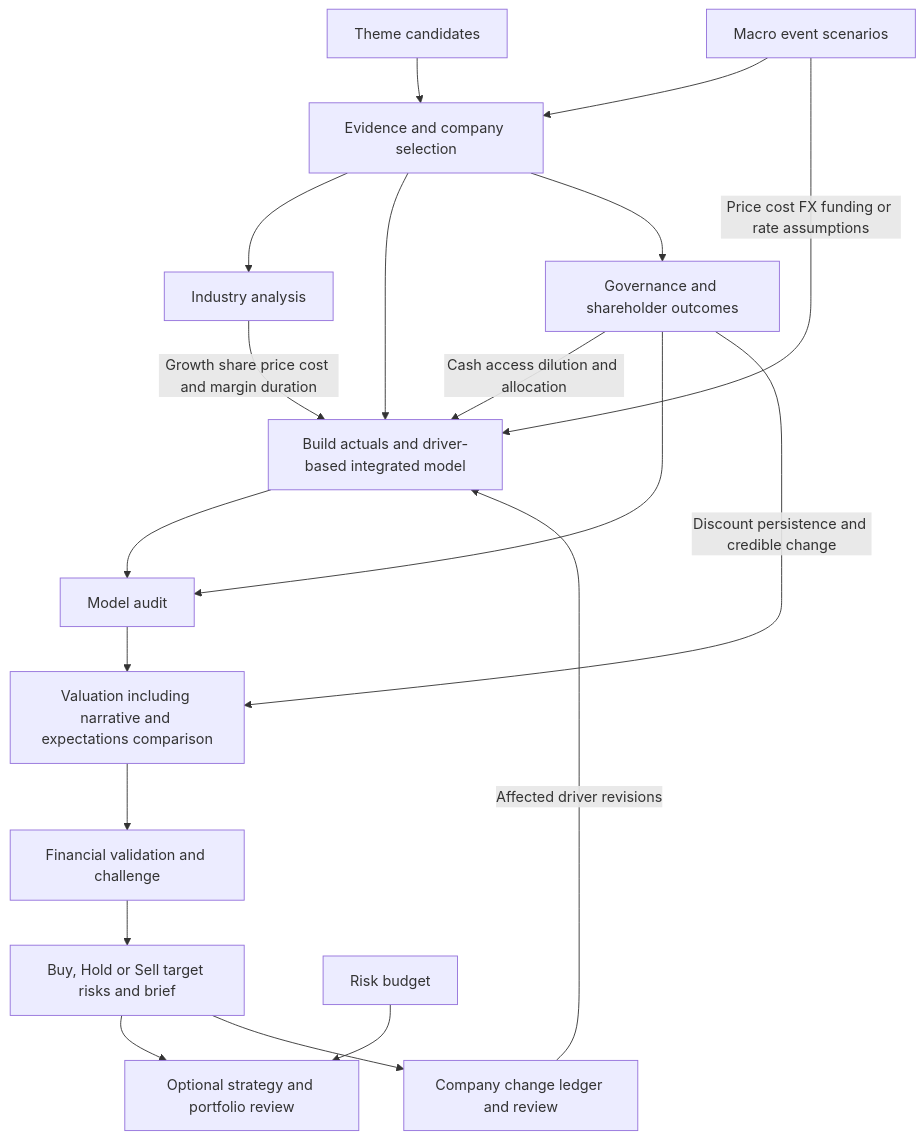
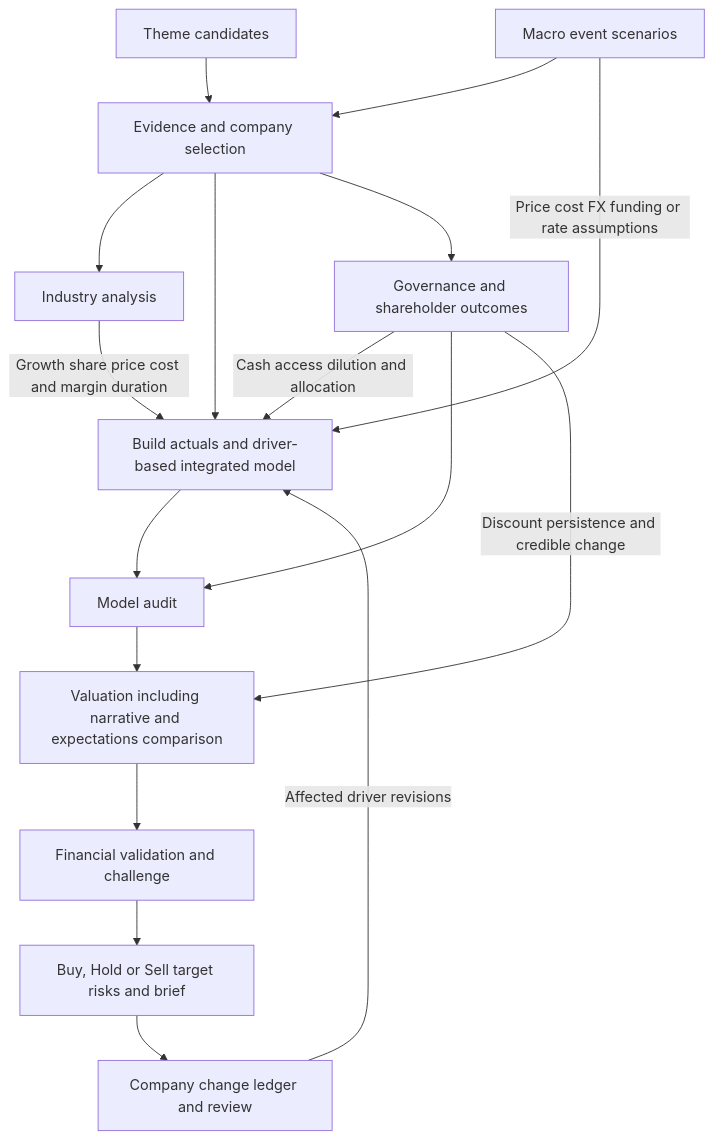
The diagram in skills/research-cycle/references/research-branches.md (Alan-Cao-ShengJin/fundamental-research-analysis), drawn with Mermaid before and after one commit. The commit also changed other lines of this file and 167 other files, not shown here.

````diff
--- a/skills/research-cycle/references/research-branches.md
+++ b/skills/research-cycle/references/research-branches.md
@@ -22,21 +22,19 @@
 ```mermaid
 flowchart TD
   T[Theme candidates] --> E[Evidence and company selection]
   M[Macro event scenarios] --> E
   E --> I[Industry analysis]
   I -->|Growth share price cost and margin duration| B
   E --> B[Build actuals and driver-based integrated model]
   E --> G[Governance and shareholder outcomes]
   G -->|Cash access dilution and allocation| B
   B --> A[Model audit]
   G --> A
   A --> V[Valuation including narrative and expectations comparison]
   G -->|Discount persistence and credible change| V
   V --> F[Financial validation and challenge]
   F --> C[Buy, Hold or Sell target risks and brief]
-  C --> P[Optional strategy and portfolio review]
-  R[Risk budget] --> P
   C --> U[Company change ledger and review]
   U -->|Affected driver revisions| B
   M -->|Price cost FX funding or rate assumptions| B
 ```
````
